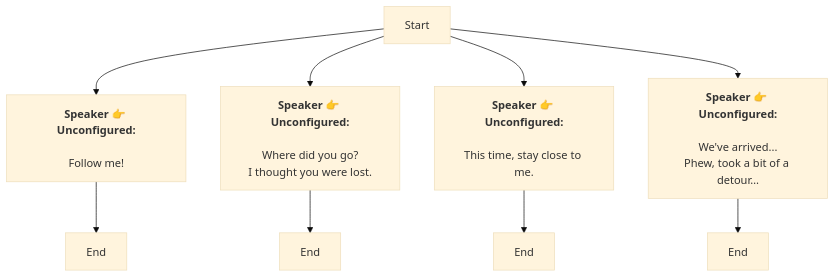
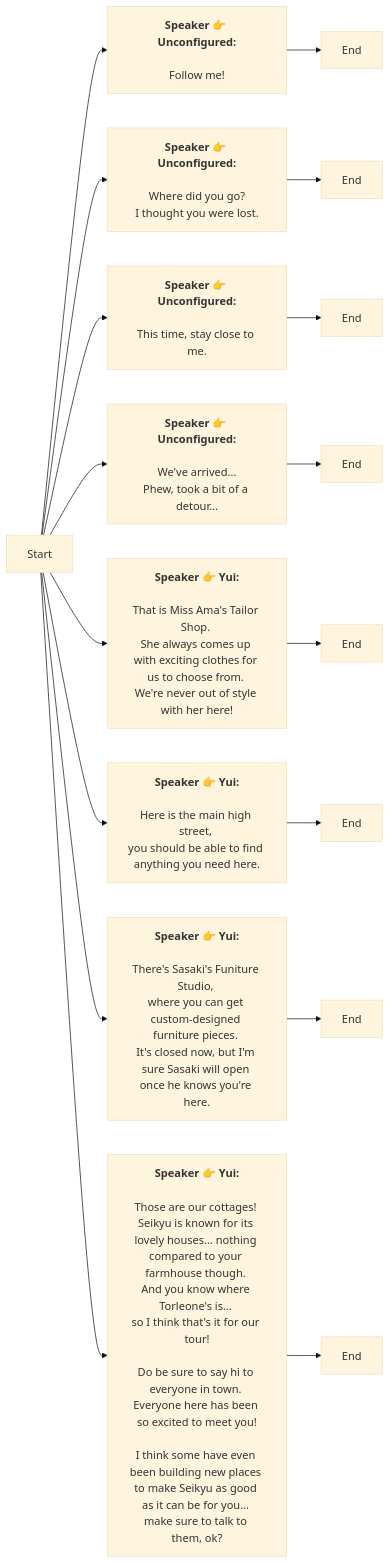
Before and after one commit to SoftHu/tos_avg: the diagram in En/YuiGuideTurtoril.md, drawn with Mermaid (base theme). The commit also changed 181 other files, not shown here.

````diff
--- a/En/YuiGuideTurtoril.md
+++ b/En/YuiGuideTurtoril.md
@@ -1,22 +1,53 @@
 ```mermaid
-graph
+graph LR
 Start -->1769066131689535[<b>Speaker 👉 Unconfigured:</b>
 
 Follow me!]
 1769066131689535 -->1769066092872766[End]
 Start -->1769066146257985[<b>Speaker 👉 Unconfigured:</b>
 
 Where did you go?
 I thought you were lost.]
 1769066146257985 -->1769066146257986[End]
 Start -->1769066149276740[<b>Speaker 👉 Unconfigured:</b>
 
 This time, stay close to me.]
 1769066149276740 -->1769066149276741[End]
 Start -->1769066151519303[<b>Speaker 👉 Unconfigured:</b>
 
 We've arrived...
 Phew, took a bit of a detour…]
 1769066151519303 -->1769066151519304[End]
+Start -->1772598517553340[<b>Speaker 👉 Yui:</b>
+
+That is Miss Ama's Tailor Shop. 
+She always comes up with exciting clothes for us to choose from. 
+We're never out of style with her here!]
+1772598517553340 -->1772344589943011[End]
+Start -->1772598505930939[<b>Speaker 👉 Yui:</b>
+
+Here is the main high street, 
+you should be able to find anything you need here. 
+]
+1772598505930939 -->1772344576162017[End]
+Start -->1772598518761661[<b>Speaker 👉 Yui:</b>
+
+There's Sasaki's Funiture Studio, 
+where you can get custom-designed furniture pieces. 
+It's closed now, but I'm sure Sasaki will open once he knows you're here.
+]
+1772598518761661 -->1772344746521829[End]
+Start -->1772598520089790[<b>Speaker 👉 Yui:</b>
+
+Those are our cottages! 
+Seikyu is known for its lovely houses… nothing compared to your farmhouse though. 
+And you know where Torleone's is… 
+so I think that's it for our tour!
+
+Do be sure to say hi to everyone in town. 
+Everyone here has been so excited to meet you!
+
+I think some have even been building new places to make Seikyu as good as it can be for you… make sure to talk to them, ok?]
+1772598520089790 -->1772344760857831[End]
 
  ```
````
